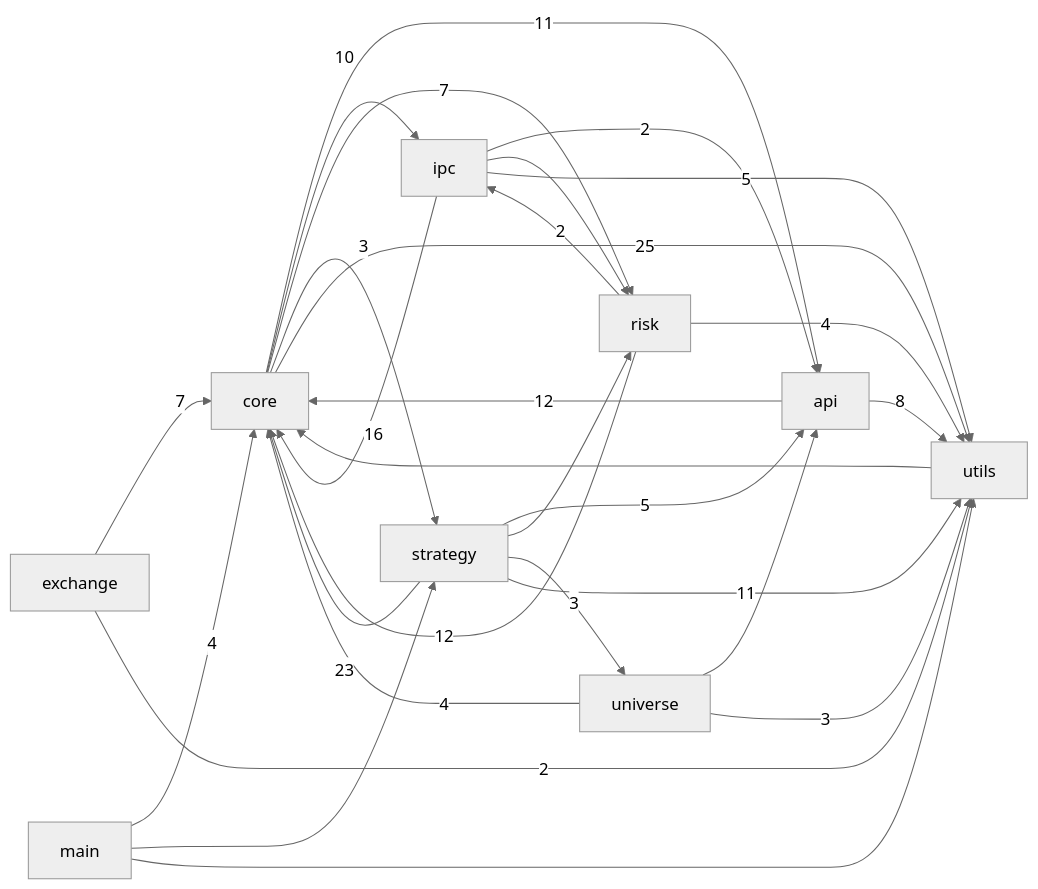
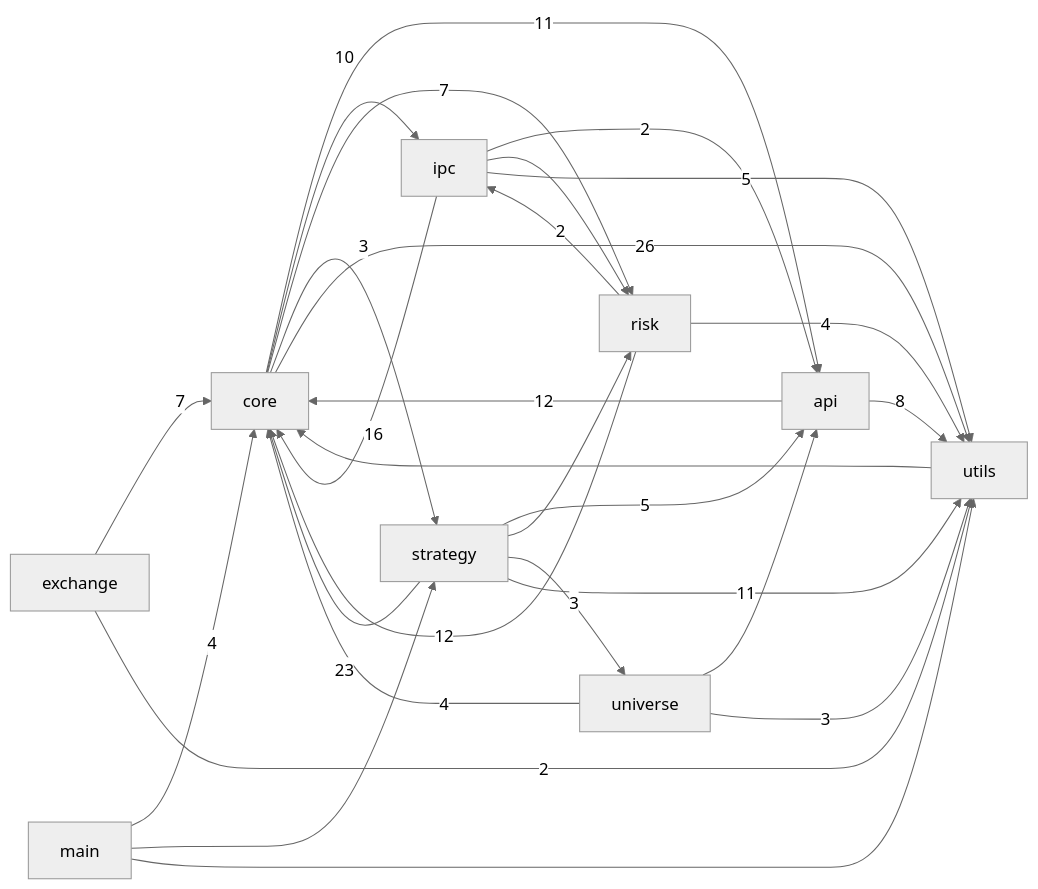
Before and after one commit to pypy8171/Quant: the first of 3 diagrams in docs/CODE_GRAPH.md, drawn with Mermaid (neutral theme). The commit also changed other lines of this file and 10 other files, not shown here.

````diff
--- a/docs/CODE_GRAPH.md
+++ b/docs/CODE_GRAPH.md
@@ -10,40 +10,40 @@
 ```mermaid
 graph LR
   main[main]
   core[core]
   strategy[strategy]
   api[api]
   universe[universe]
   risk[risk]
   ipc[ipc]
   utils[utils]
   exchange[exchange]
   api -->|12| core
   api -->|8| utils
   core -->|11| api
   core -->|10| ipc
   core -->|7| risk
   core -->|3| strategy
-  core -->|25| utils
+  core -->|26| utils
   exchange -->|7| core
   exchange -->|2| utils
   ipc -->|2| api
   ipc -->|16| core
   ipc --> risk
   ipc -->|5| utils
   main -->|4| core
   main --> strategy
   main --> utils
   risk -->|12| core
   risk -->|2| ipc
   risk -->|4| utils
   strategy -->|5| api
   strategy -->|23| core
   strategy --> risk
   strategy -->|3| universe
   strategy -->|11| utils
   universe --> api
   universe -->|4| core
   universe -->|3| utils
   utils --> core
 ```
````
